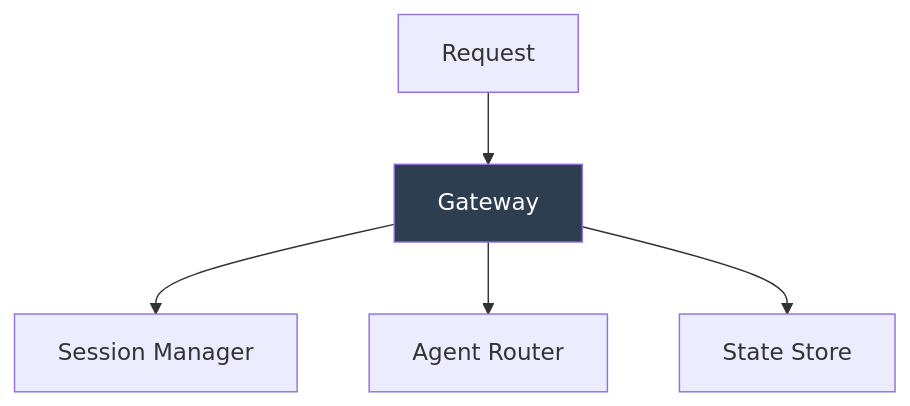
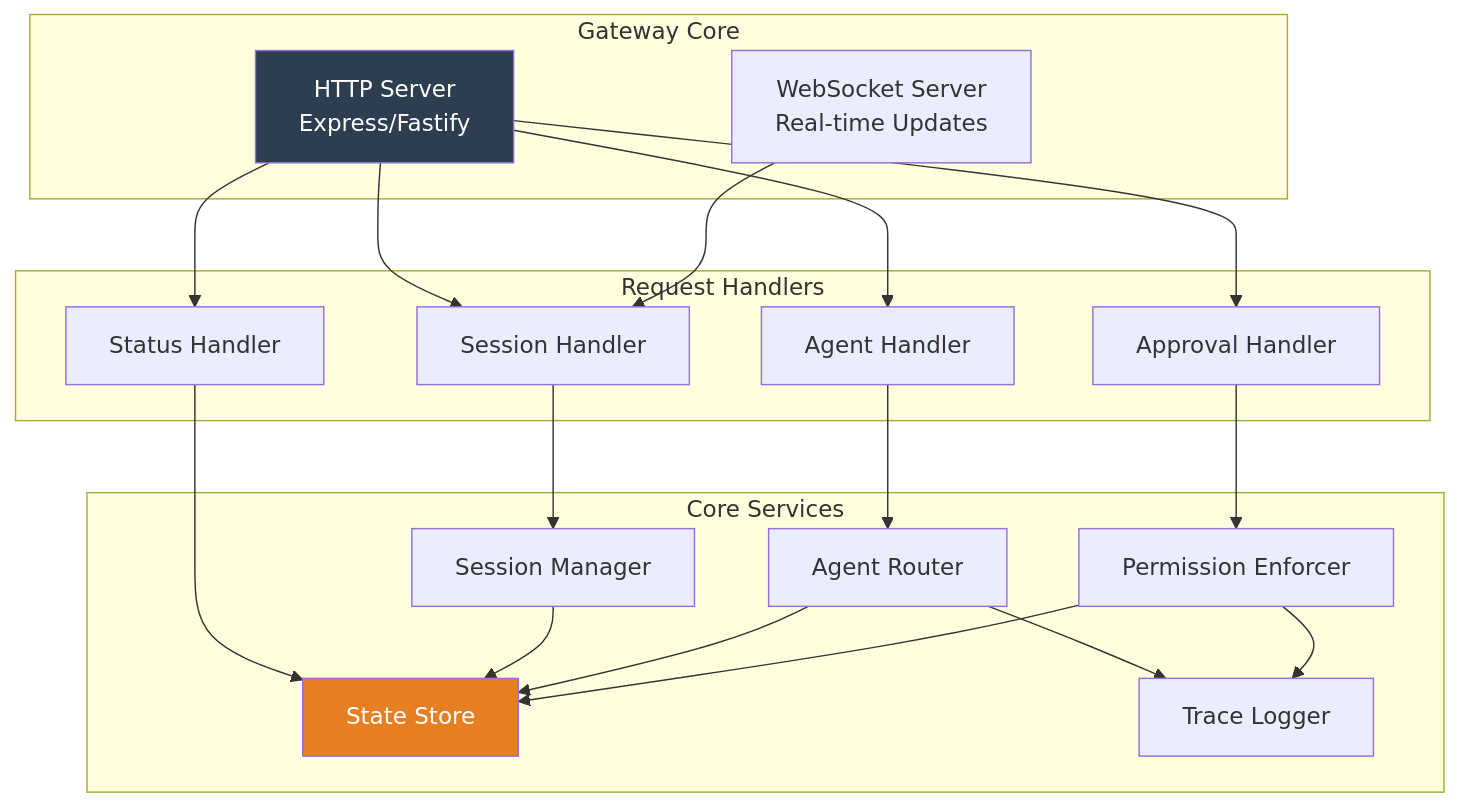
The third of 20 diagrams in docs/architecture.md (FidelOdok/MetaForge-Planner), drawn with Mermaid before and after one commit. The commit also changed other lines of this file, not shown here.

First line of the commit message:
docs: comprehensive architecture documentation with 20 Mermaid diagrams

````diff
--- a/docs/architecture.md
+++ b/docs/architecture.md
@@ -70,9 +138,42 @@
 ```mermaid
-graph TD
-    A[Request] --> B[Gateway]
-    B --> C[Session Manager]
-    B --> D[Agent Router]
-    B --> E[State Store]
+graph TB
+    subgraph "Gateway Core"
+        A[HTTP Server<br/>Express/Fastify]
+        B[WebSocket Server<br/>Real-time Updates]
+    end
 
-    style B fill:#2C3E50,color:#fff
+    subgraph "Request Handlers"
+        C1[Session Handler]
+        C2[Agent Handler]
+        C3[Approval Handler]
+        C4[Status Handler]
+    end
+
+    subgraph "Core Services"
+        D1[Session Manager]
+        D2[Agent Router]
+        D3[Permission Enforcer]
+        D4[State Store]
+        D5[Trace Logger]
+    end
+
+    A --> C1
+    A --> C2
+    A --> C3
+    A --> C4
+    B --> C1
+
+    C1 --> D1
+    C2 --> D2
+    C3 --> D3
+    C4 --> D4
+
+    D1 --> D4
+    D2 --> D4
+    D3 --> D4
+    D2 --> D5
+    D3 --> D5
+
+    style A fill:#2C3E50,color:#fff
+    style D4 fill:#E67E22,color:#fff
 ```
````
